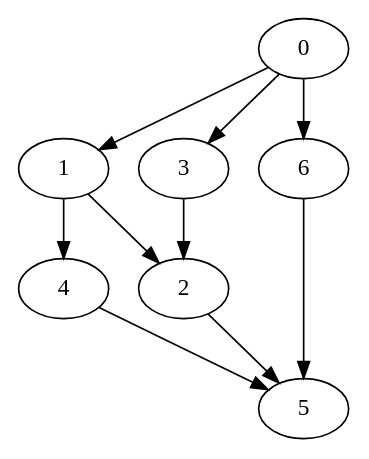
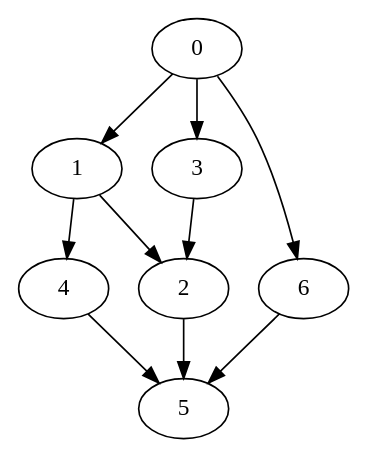
One commit to lejeunel/ksp changed the diagram in examples/example.dot. Above: the diagram before and after it, drawn with Graphviz. The commit also changed 1 other file, not shown here.

Commit message:
example with neg weight

```diff
--- a/examples/example.dot
+++ b/examples/example.dot
@@ -1,12 +1,12 @@
 digraph {
   // labelled, weighted edges
-  0 -> 1[weight="1"];
-  0 -> 6[weight="7"];
-  1 -> 2[weight="1"];
-  2 -> 5[weight="1"];
-  0 -> 3[weight="4"];
-  3 -> 2[weight="1"];
-  6 -> 5[weight="3"];
-  1 -> 4[weight="3"];
-  4 -> 5[weight="1"];
+  0 -> 1[w="1"];
+  0 -> 6[w="7"];
+  1 -> 2[w="-1"];
+  2 -> 5[w="1"];
+  0 -> 3[w="4"];
+  3 -> 2[w="1"];
+  6 -> 5[w="3"];
+  1 -> 4[w="3"];
+  4 -> 5[w="1"];
 }
```
